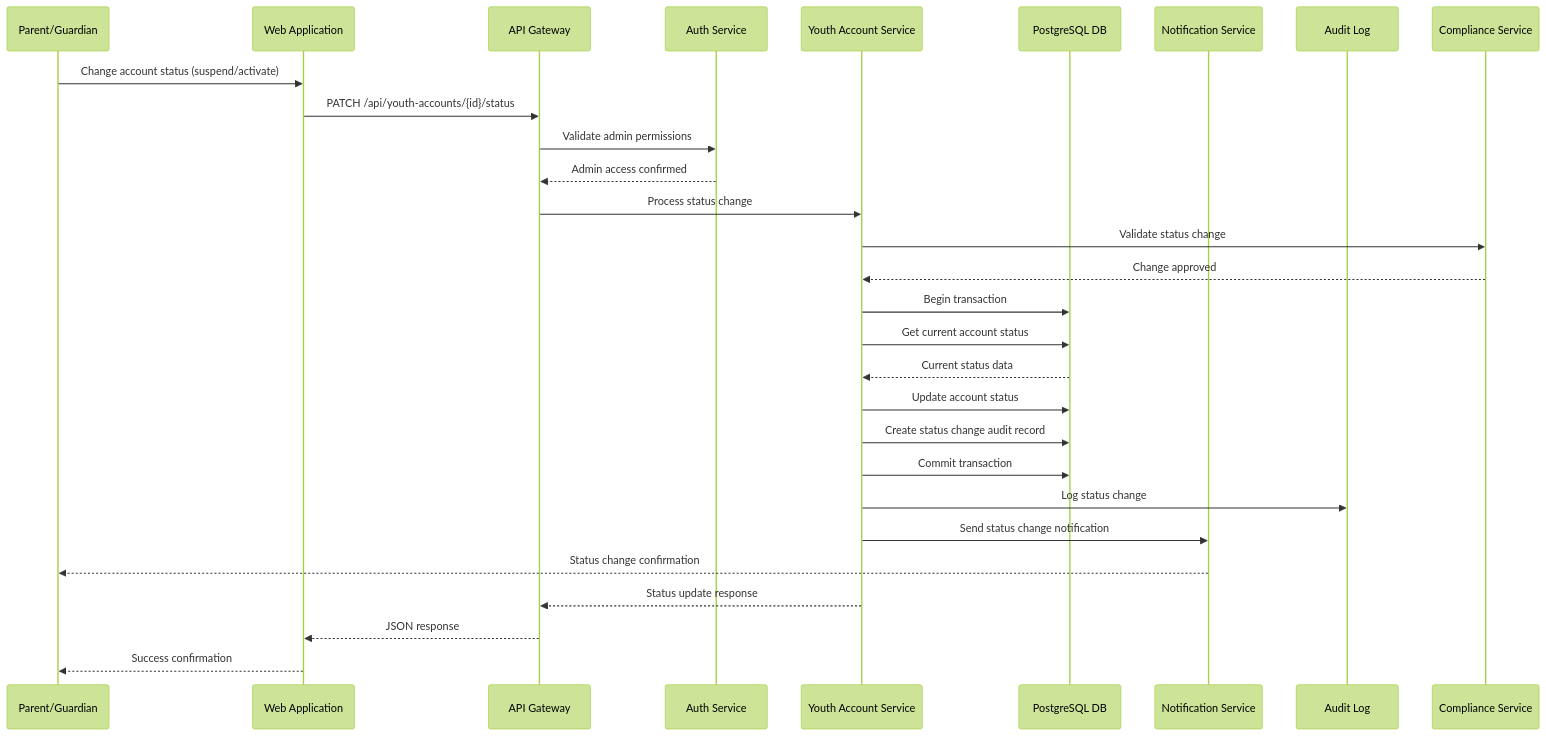
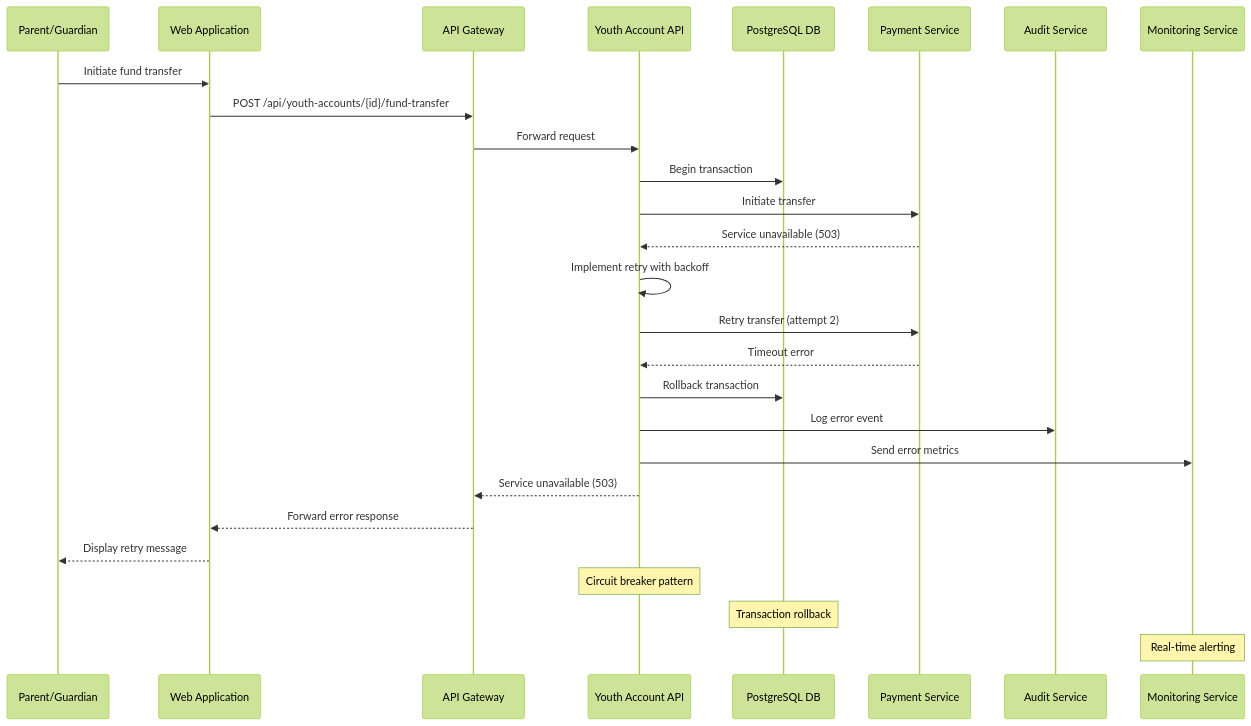
One commit to ThapaswiASC/SCIB-INCEPTION-PHASE-DEMO changed the fifth of 6 diagrams in API Development/Components and Sequence Diagrams/sequence_diagram.md. Above: the diagram before and after it, drawn with Mermaid (forest theme). The commit also changed other lines of this file and 1 other file, not shown here.

````diff
--- a/API Development/Components and Sequence Diagrams/sequence_diagram.md
+++ b/API Development/Components and Sequence Diagrams/sequence_diagram.md
@@ -178,37 +196,35 @@
 ```mermaid
 sequenceDiagram
     participant Parent as Parent/Guardian
     participant WebApp as Web Application
-    participant APIGateway as API Gateway
-    participant AuthService as Auth Service
-    participant YouthService as Youth Account Service
-    participant Database as PostgreSQL DB
-    participant NotificationService as Notification Service
-    participant AuditLog as Audit Log
-    participant ComplianceService as Compliance Service
-
-    Parent->>WebApp: Change account status (suspend/activate)
-    WebApp->>APIGateway: PATCH /api/youth-accounts/{id}/status
-    APIGateway->>AuthService: Validate admin permissions
-    AuthService-->>APIGateway: Admin access confirmed
-    APIGateway->>YouthService: Process status change
+    participant Gateway as API Gateway
+    participant YouthAPI as Youth Account API
+    participant DB as PostgreSQL DB
+    participant PaymentSvc as Payment Service
+    participant AuditSvc as Audit Service
+    participant MonitorSvc as Monitoring Service
     
-    YouthService->>ComplianceService: Validate status change
-    ComplianceService-->>YouthService: Change approved
+    Parent->>WebApp: Initiate fund transfer
+    WebApp->>Gateway: POST /api/youth-accounts/{id}/fund-transfer
+    Gateway->>YouthAPI: Forward request
     
-    YouthService->>Database: Begin transaction
-    YouthService->>Database: Get current account status
-    Database-->>YouthService: Current status data
+    YouthAPI->>DB: Begin transaction
+    YouthAPI->>PaymentSvc: Initiate transfer
+    PaymentSvc-->>YouthAPI: Service unavailable (503)
     
-    YouthService->>Database: Update account status
-    YouthService->>Database: Create status change audit record
-    YouthService->>Database: Commit transaction
+    YouthAPI->>YouthAPI: Implement retry with backoff
+    YouthAPI->>PaymentSvc: Retry transfer (attempt 2)
+    PaymentSvc-->>YouthAPI: Timeout error
     
-    YouthService->>AuditLog: Log status change
-    YouthService->>NotificationService: Send status change notification
-    NotificationService-->>Parent: Status change confirmation
+    YouthAPI->>DB: Rollback transaction
+    YouthAPI->>AuditSvc: Log error event
+    YouthAPI->>MonitorSvc: Send error metrics
     
-    YouthService-->>APIGateway: Status update response
-    APIGateway-->>WebApp: JSON response
-    WebApp-->>Parent: Success confirmation
+    YouthAPI-->>Gateway: Service unavailable (503)
+    Gateway-->>WebApp: Forward error response
+    WebApp-->>Parent: Display retry message
+    
+    Note over YouthAPI: Circuit breaker pattern
+    Note over DB: Transaction rollback
+    Note over MonitorSvc: Real-time alerting
 ```
````
